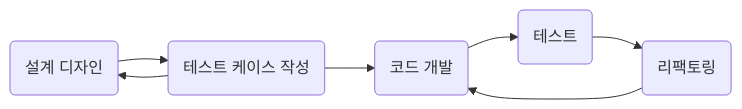
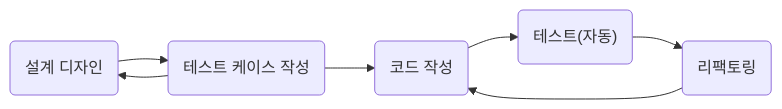
Before and after one commit to devxe/wiki: the first of 2 diagrams in docs/테스트주도개발/1.mdx, drawn with Mermaid. The commit also changed other lines of this file and 1 other file, not shown here.

````diff
--- a/docs/테스트주도개발/1.mdx
+++ b/docs/테스트주도개발/1.mdx
@@ -36,7 +36,7 @@
 ```mermaid
 graph LR
     A(설계 디자인)-->B(테스트 케이스 작성)-->A(설계 디자인);
-    B(테스트 케이스 작성)-->C(코드 개발)-->D(테스트)
-    D(테스트)-->E(리팩토링)-->C(코드 개발)
+    B(테스트 케이스 작성)-->C(코드 작성)-->D("테스트(자동)")
+    D("테스트(자동)")-->E(리팩토링)-->C(코드 작성)
 
 ```
````
